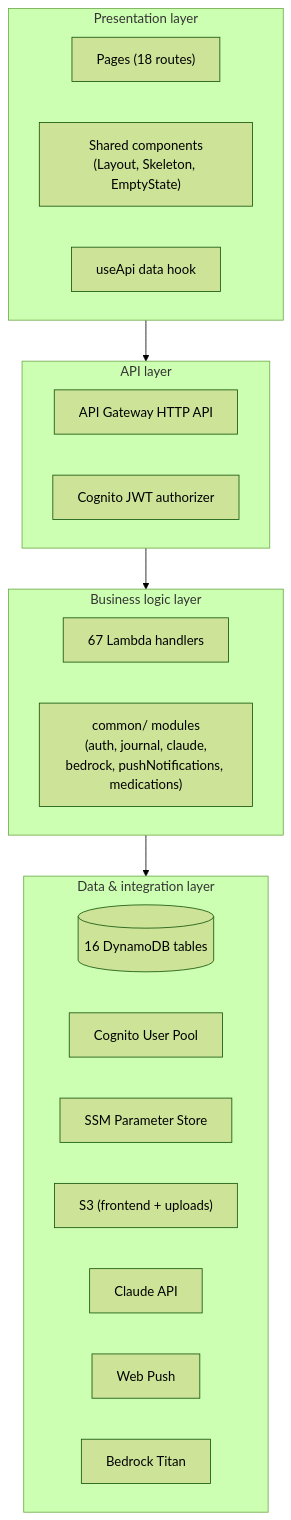
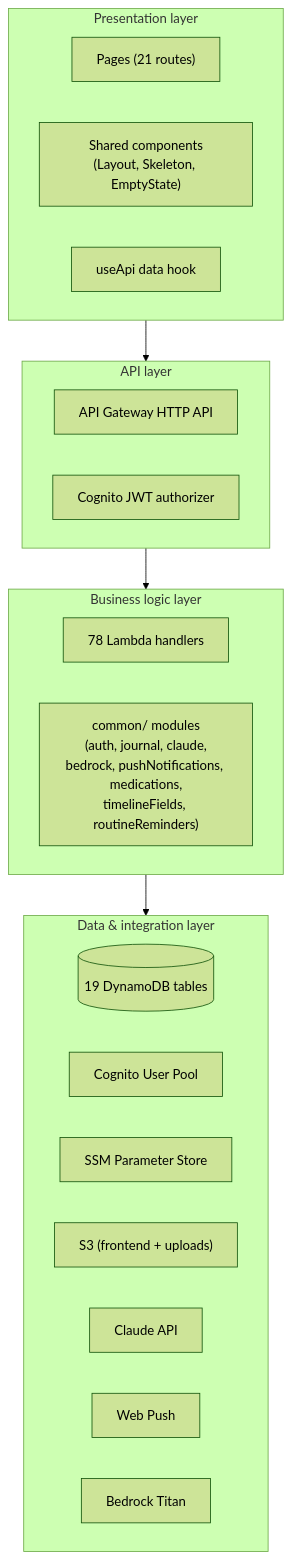
One commit to pragya0905/LifeOS changed the second of 8 diagrams in docs/HLD_LLD.md. Above: the diagram before and after it, drawn with Mermaid (forest theme). The commit also changed other lines of this file and 2 other files, not shown here.

First line of the commit message:
Docs: add Timeline, reminders, and additive-field updates; correct stale counts

````diff
--- a/docs/HLD_LLD.md
+++ b/docs/HLD_LLD.md
@@ -122,31 +123,31 @@
 ```mermaid
 flowchart TB
     subgraph L1["Presentation layer"]
       direction LR
-      P1["Pages (18 routes)"]
+      P1["Pages (21 routes)"]
       P2["Shared components<br/>(Layout, Skeleton, EmptyState)"]
       P3["useApi data hook"]
     end
     subgraph L2["API layer"]
       direction LR
       A1["API Gateway HTTP API"]
       A2["Cognito JWT authorizer"]
     end
     subgraph L3["Business logic layer"]
       direction LR
-      B1["67 Lambda handlers"]
-      B2["common/ modules<br/>(auth, journal, claude,<br/>bedrock, pushNotifications, medications)"]
+      B1["78 Lambda handlers"]
+      B2["common/ modules<br/>(auth, journal, claude,<br/>bedrock, pushNotifications, medications,<br/>timelineFields, routineReminders)"]
     end
     subgraph L4["Data & integration layer"]
       direction LR
-      D1[("16 DynamoDB tables")]
+      D1[("19 DynamoDB tables")]
       D2["Cognito User Pool"]
       D3["SSM Parameter Store"]
       D4["S3 (frontend + uploads)"]
       D5["Claude API"]
       D6["Web Push"]
       D7["Bedrock Titan"]
     end
 
     L1 --> L2 --> L3 --> L4
 ```
````
